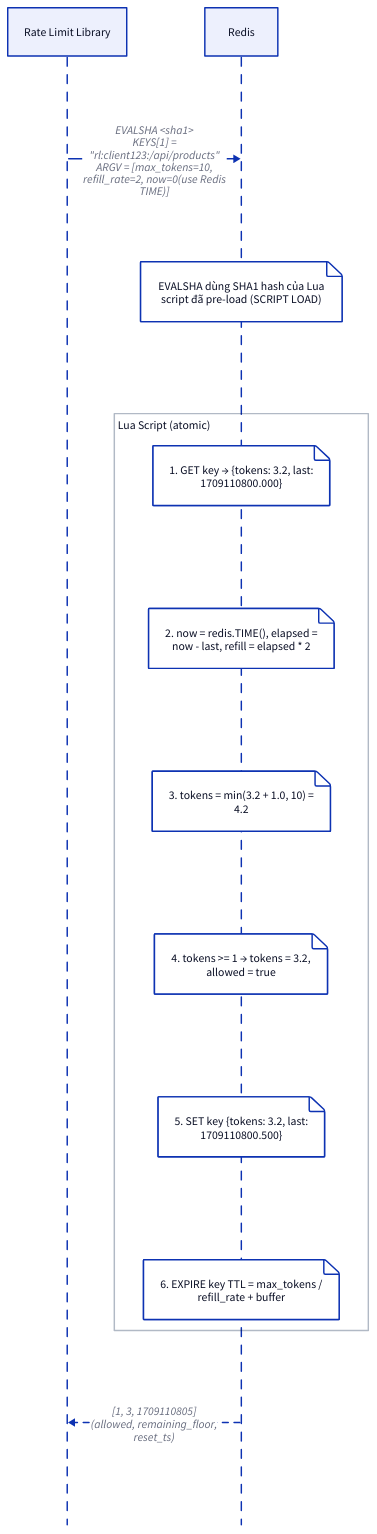
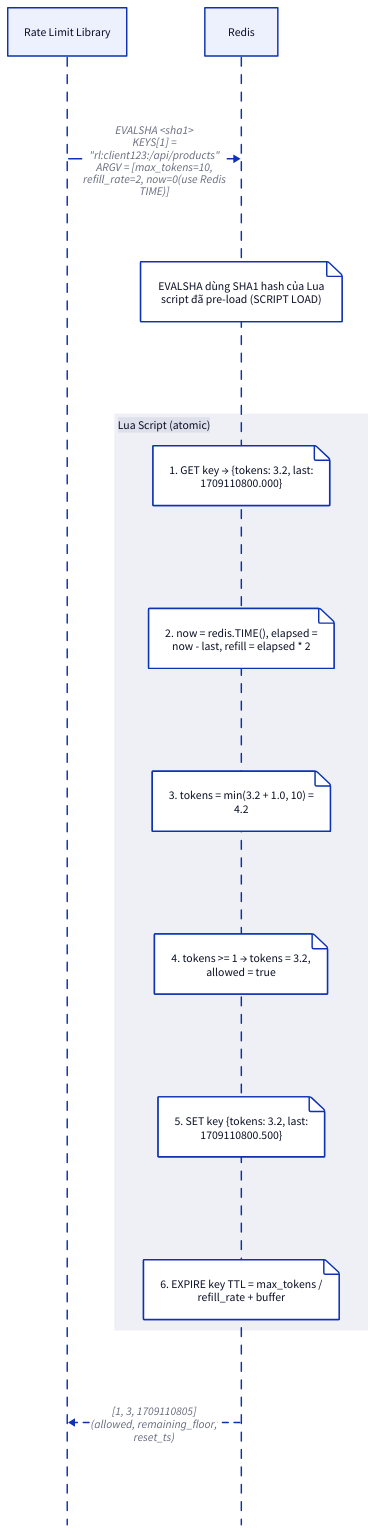
One commit to vanhiep99w/system-design-practice changed the fourth of 6 diagrams in rate-limiter.md. Above: the diagram before and after it, drawn with D2. The commit also changed other lines of this file and 11 other files, not shown here.

````diff
--- a/rate-limiter.md
+++ b/rate-limiter.md
@@ -608,23 +586,18 @@
 ```d2 interactive title="Token Bucket — Redis Lua atomic operation"
 # viewport-height: 180vh
 shape: sequence_diagram
 RL: Rate Limit Library
 R: Redis
 
 RL -> R: "EVALSHA <sha1>\nKEYS[1] =\n\"rl:client123:/api/products\"\nARGV = [max_tokens=10,\nrefill_rate=2, now=0(use Redis\nTIME)]"
 R."EVALSHA dùng SHA1 hash của Lua\nscript đã pre-load (SCRIPT LOAD)"
 atomic: "Lua Script (atomic)" {
-  style: {
-    fill: transparent
-    stroke: "#64748b"
-    stroke-width: 2
-  }
   R."1. GET key → {tokens: 3.2, last:\n1709110800.000}"
   R."2. now = redis.TIME(), elapsed =\nnow - last, refill = elapsed * 2"
   R."3. tokens = min(3.2 + 1.0, 10) =\n4.2"
   R."4. tokens >= 1 → tokens = 3.2,\nallowed = true"
   R."5. SET key {tokens: 3.2, last:\n1709110800.500}"
   R."6. EXPIRE key TTL = max_tokens /\nrefill_rate + buffer"
 }
 R -> RL: "[1, 3, 1709110805]\n(allowed, remaining_floor,\nreset_ts)" {style.stroke-dash: 4}
 ```
````
